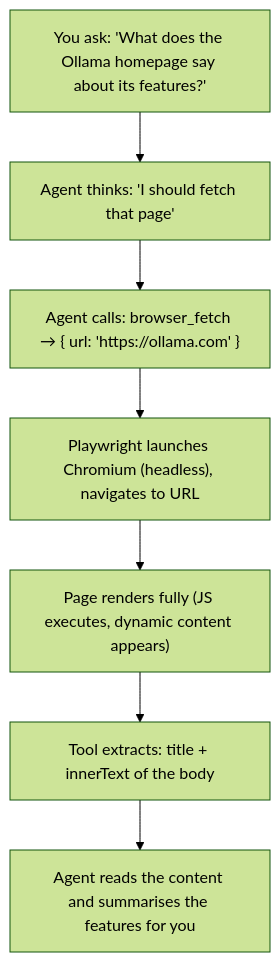
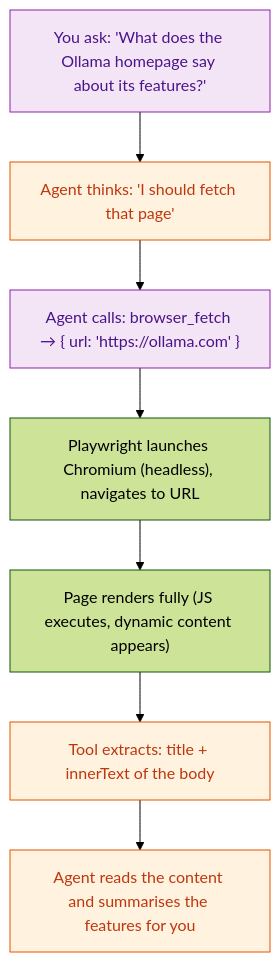
The diagram in docs/packages/tools/browser-fetch.md (Guebbit/AI-coding-assistant), drawn with Mermaid (forest theme) before and after one commit. The commit also changed 54 other files, not shown here.

First line of the commit message:
docs: add mermaid diagrams to quickstart & ollama-notes, color-code all flowcharts

````diff
--- a/docs/packages/tools/browser-fetch.md
+++ b/docs/packages/tools/browser-fetch.md
@@ -44,9 +44,14 @@
 ```mermaid
 flowchart TD
     A["You ask: 'What does the Ollama homepage say about its features?'"] --> B["Agent thinks: 'I should fetch that page'"]
     B --> C["Agent calls: browser_fetch → { url: 'https://ollama.com' }"]
     C --> D["Playwright launches Chromium (headless), navigates to URL"]
     D --> E["Page renders fully (JS executes, dynamic content appears)"]
     E --> F["Tool extracts: title + innerText of the body"]
     F --> G["Agent reads the content and summarises the features for you"]
+    style A fill:#f3e5f5,stroke:#8e24aa,color:#4a148c
+    style B fill:#fff3e0,stroke:#e65100,color:#bf360c
+    style C fill:#f3e5f5,stroke:#8e24aa,color:#4a148c
+    style F fill:#fff3e0,stroke:#e65100,color:#bf360c
+    style G fill:#fff3e0,stroke:#e65100,color:#bf360c
 ```
````
